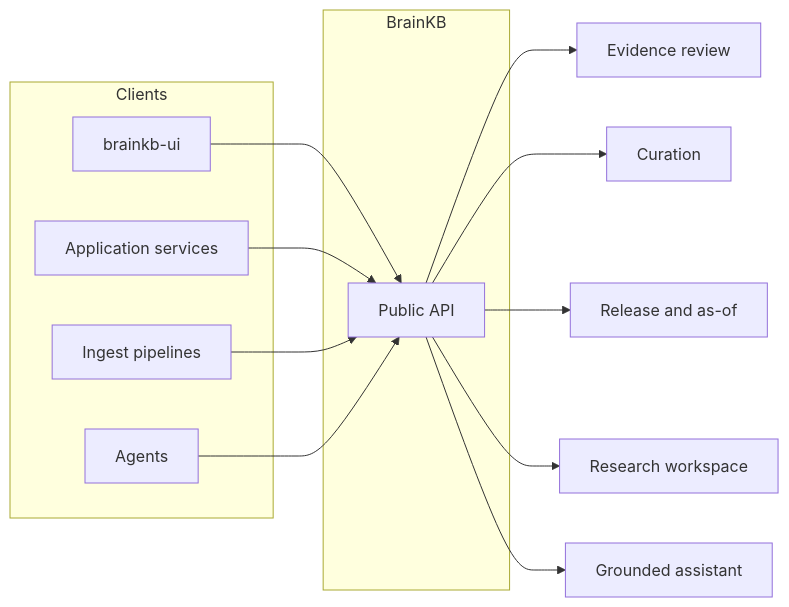
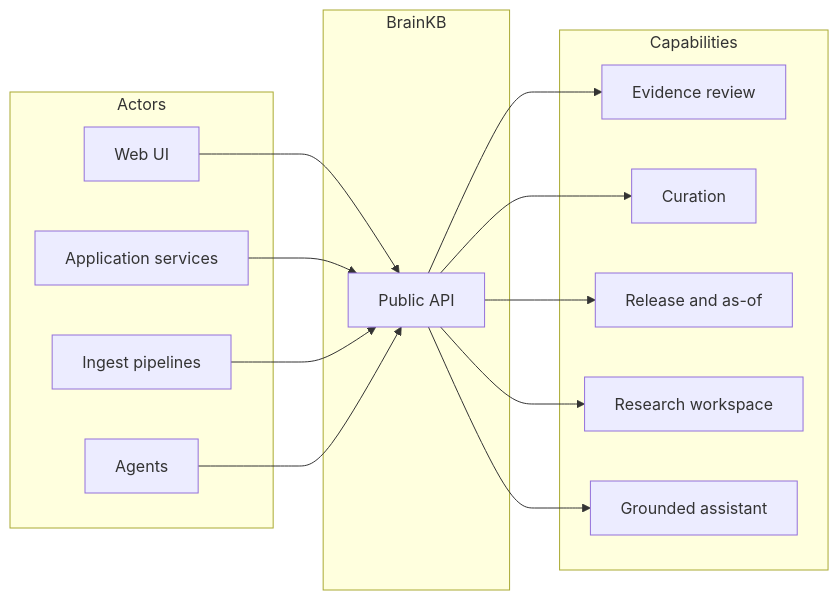
Before and after one commit to sensein/brainkbdocs: the second of 13 diagrams in design/brainkb-architecture.md, drawn with Mermaid. The commit also changed other lines of this file, not shown here.

````diff
--- a/design/brainkb-architecture.md
+++ b/design/brainkb-architecture.md
@@ -155,21 +155,28 @@
 ```mermaid
 flowchart LR
-  subgraph Clients
-    UI["brainkb-ui"]
+  subgraph Actors
+    UI["Web UI"]
     Apps["Application services"]
     Pipes["Ingest pipelines"]
     Agents["Agents"]
   end
   subgraph BrainKB["BrainKB"]
     API["Public API"]
   end
   UI --> API
   Apps --> API
   Pipes --> API
   Agents --> API
-  API --> EvidenceReview["Evidence review"]
-  API --> Curation["Curation"]
-  API --> Release["Release and as-of"]
-  API --> Workspace["Research workspace"]
-  API --> Assistant["Grounded assistant"]
+  subgraph Capabilities["Capabilities"]
+    EvidenceReview["Evidence review"]
+    Curation["Curation"]
+    Release["Release and as-of"]
+    Workspace["Research workspace"]
+    Assistant["Grounded assistant"]
+  end
+  API --> EvidenceReview
+  API --> Curation
+  API --> Release
+  API --> Workspace
+  API --> Assistant
 ```
````
